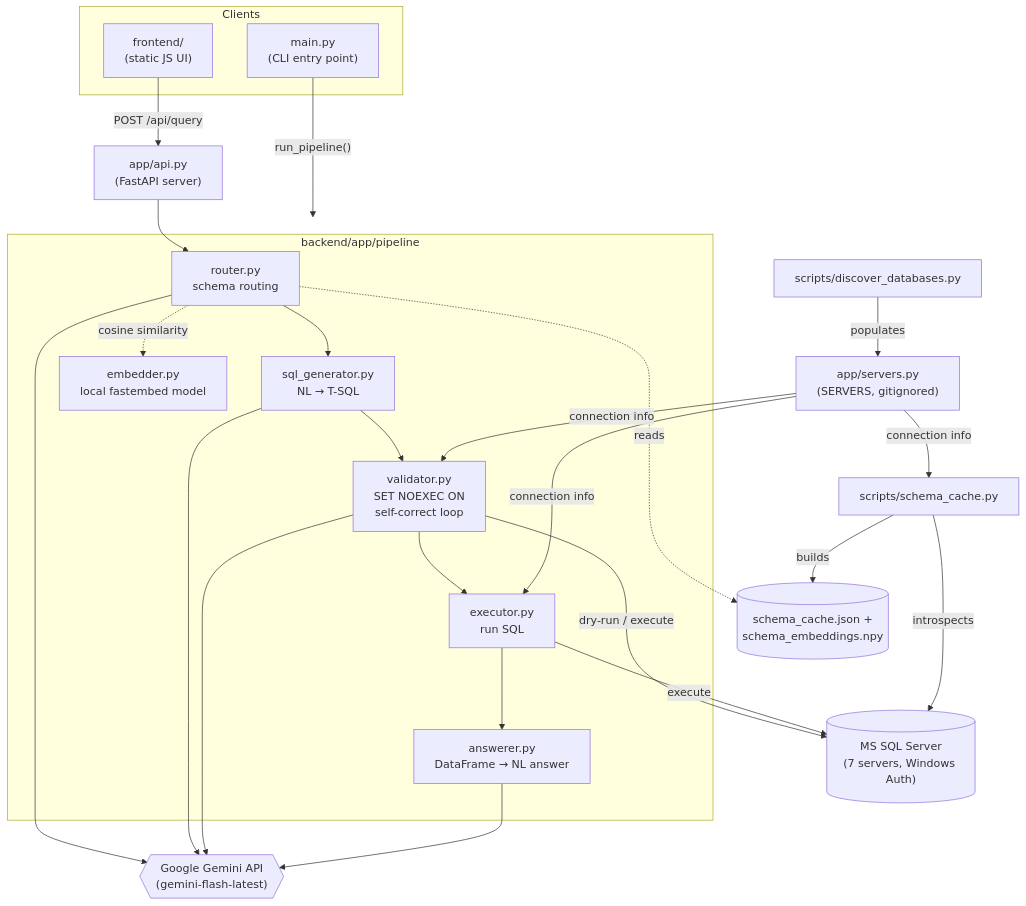
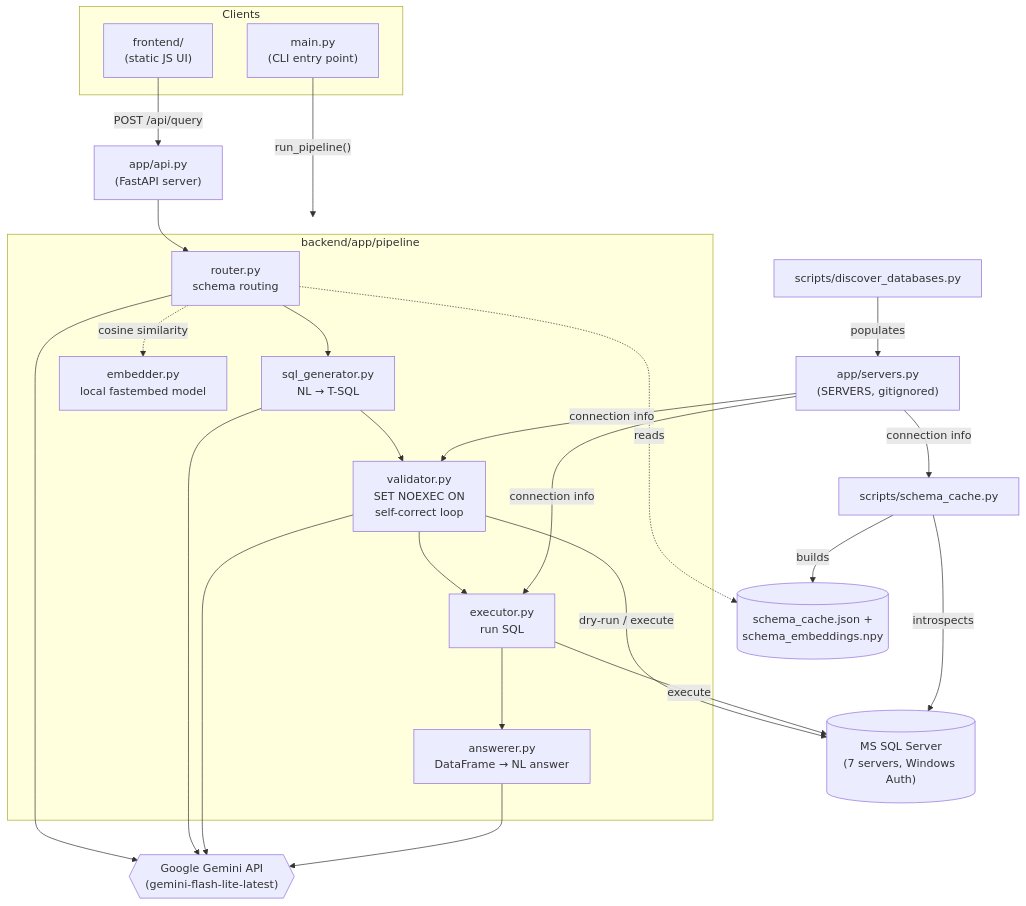
Before and after one commit to aswin-skk21/NL2SQL: the diagram in README.md, drawn with Mermaid. The commit also changed other lines of this file, not shown here.

First line of the commit message:
README: fix stale gemini-flash-latest references

````diff
--- a/README.md
+++ b/README.md
@@ -20,42 +20,42 @@
 ```mermaid
 graph TD
     subgraph Clients
         CLI["main.py<br/>(CLI entry point)"]
         Web["frontend/<br/>(static JS UI)"]
     end
 
     Web -- "POST /api/query" --> API["app/api.py<br/>(FastAPI server)"]
     CLI -- "run_pipeline()" --> Pipeline
 
     subgraph Pipeline["backend/app/pipeline"]
         Router["router.py<br/>schema routing"]
         Gen["sql_generator.py<br/>NL → T-SQL"]
         Val["validator.py<br/>SET NOEXEC ON<br/>self-correct loop"]
         Exec["executor.py<br/>run SQL"]
         Ans["answerer.py<br/>DataFrame → NL answer"]
         Emb["embedder.py<br/>local fastembed model"]
     end
 
     API --> Router
     Router --> Gen --> Val --> Exec --> Ans
     Router -. cosine similarity .-> Emb
 
     Cache[("schema_cache.json +<br/>schema_embeddings.npy")]
     Router -. reads .-> Cache
 
     Val -- dry-run / execute --> SQLServer[("MS SQL Server<br/>(7 servers, Windows Auth)")]
     Exec -- execute --> SQLServer
 
-    Gemini{{"Google Gemini API<br/>(gemini-flash-latest)"}}
+    Gemini{{"Google Gemini API<br/>(gemini-flash-lite-latest)"}}
     Router --> Gemini
     Gen --> Gemini
     Val --> Gemini
     Ans --> Gemini
 
     Discover["scripts/discover_databases.py"] -- populates --> Config["app/servers.py<br/>(SERVERS, gitignored)"]
     SchemaCache["scripts/schema_cache.py"] -- introspects --> SQLServer
     SchemaCache -- builds --> Cache
     Config -- connection info --> SchemaCache
     Config -- connection info --> Val
     Config -- connection info --> Exec
 ```
````
